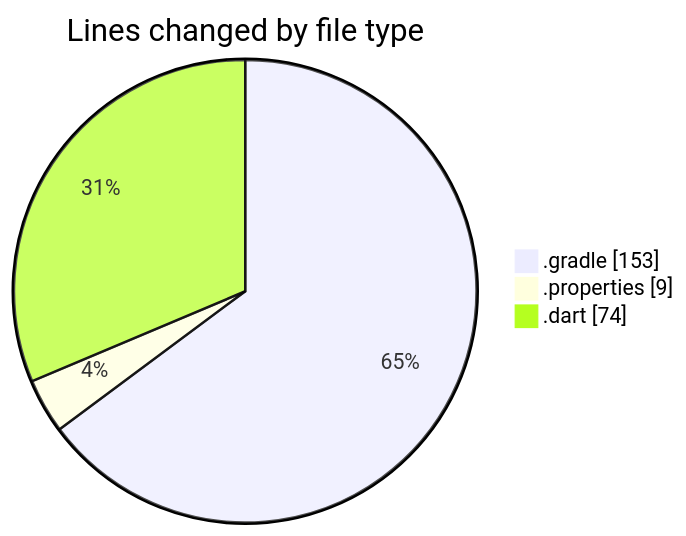
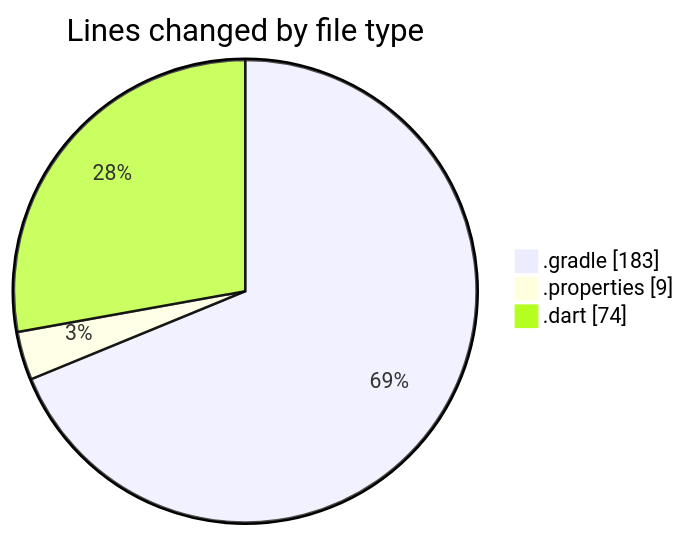
The first of 2 diagrams in 2025-02-16/trackers_app/README.md (donsfak/code-tracking), drawn with Mermaid before and after one commit. The commit also changed other lines of this file and 1 other file, not shown here.

````diff
--- a/2025-02-16/trackers_app/README.md
+++ b/2025-02-16/trackers_app/README.md
@@ -23,7 +23,7 @@
 ```mermaid
 pie showData
 title Lines changed by file type
-".gradle" : 153
+".gradle" : 183
 ".properties" : 9
 ".dart" : 74
 ```
````
